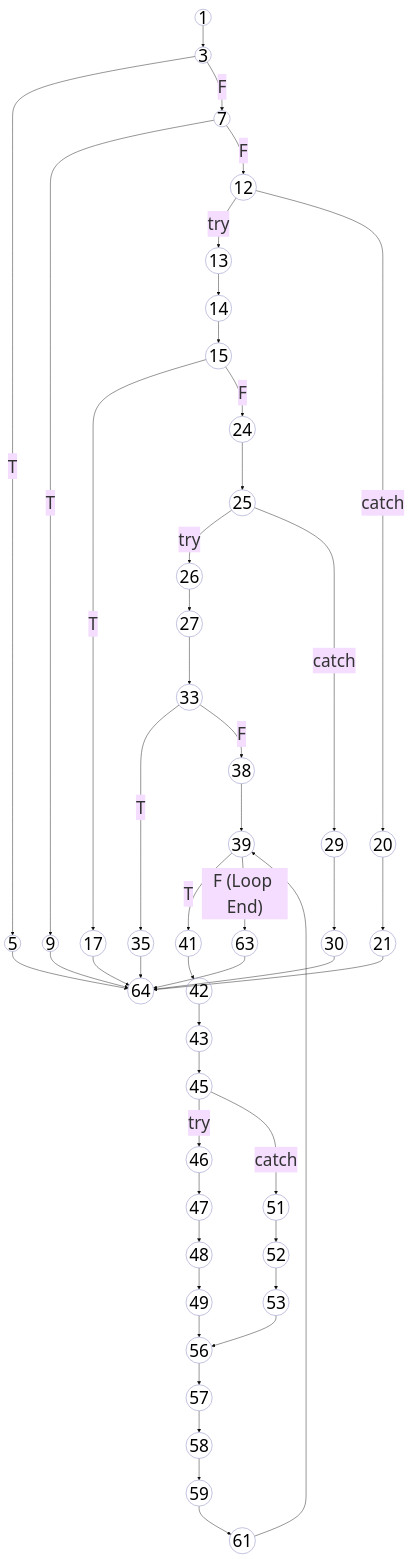
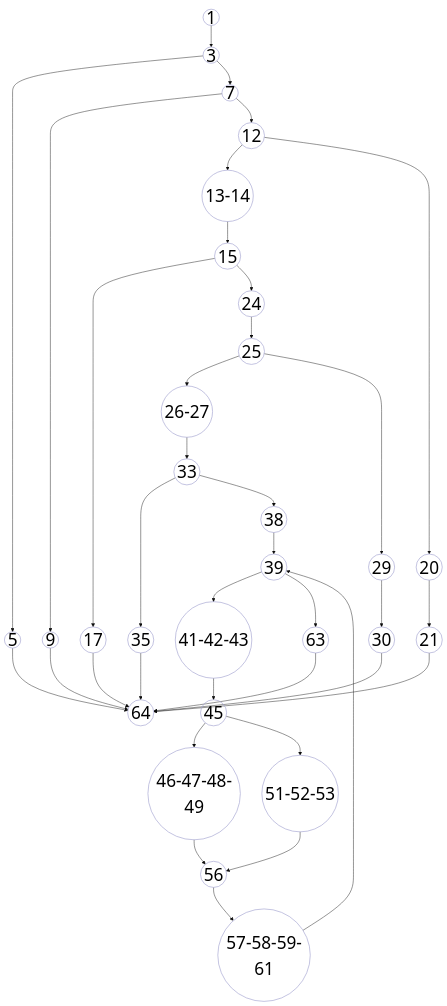
Before and after one commit to aryanhrc3428/Semester-5: the diagram in SE/ideathon/pseudocode/flowcharts/UC-04.mmd, drawn with Mermaid. The commit also changed 4 other files, not shown here.

Commit message:
flowgraph1-4

```diff
--- a/SE/ideathon/pseudocode/flowcharts/UC-04.mmd
+++ b/SE/ideathon/pseudocode/flowcharts/UC-04.mmd
@@ -1,85 +1,70 @@
 ---
 config:
   theme: base
   themeVariables:
     fontSize: '40px'
 ---
 graph TD
     %% Base styling matching the reference CFG style
     classDef default fill:none,stroke:#a3a3d1,stroke-width:1.5px,color:#000;
     
     1((1)) --> 3((3))
     
-    3 -- T --> 5((5))
-    3 -- F --> 7((7))
+    3 --> 5((5))
+    3 --> 7((7))
     
-    7 -- T --> 9((9))
-    7 -- F --> 12((12))
+    7 --> 9((9))
+    7 --> 12((12))
     
     %% Validate User Existence (Relational Integrity)
-    12 -- try --> 13((13))
-    12 -- catch --> 20((20))
+    12 --> 13-14((13-14))
+    12 --> 20((20))
     
-    13 --> 14((14))
-    14 --> 15((15))
+    13-14 --> 15((15))
     
-    15 -- T --> 17((17))
-    15 -- F --> 24((24))
+    15 --> 17((17))
+    15 --> 24((24))
     
     20 --> 21((21))
     
     %% Retrieve Base Queries
     24 --> 25((25))
     
-    25 -- try --> 26((26))
-    25 -- catch --> 29((29))
+    25 --> 26-27((26-27))
+    25 --> 29((29))
     
-    26 --> 27((27))
-    27 --> 33((33))
+    26-27 --> 33((33))
     
     29 --> 30((30))
     
-    33 -- T --> 35((35))
-    33 -- F --> 38((38))
+    33 --> 35((35))
+    33 --> 38((38))
     
     %% Data Aggregation Loop
     38 --> 39((39))
     
-    39 -- T --> 41((41))
-    39 -- F (Loop End) --> 63((63))
-    
-    41 --> 42((42))
-    42 --> 43((43))
-    43 --> 45((45))
+    39 --> 41-42-43((41-42-43))
+    39 --> 63((63))
+    41-42-43 --> 45((45))
     
     %% Nested Try-Catch for Relations
-    45 -- try --> 46((46))
-    45 -- catch --> 51((51))
+    45 --> 46-47-48-49((46-47-48-49))
+    45 --> 51-52-53((51-52-53))
     
-    46 --> 47((47))
-    47 --> 48((48))
-    48 --> 49((49))
+    46-47-48-49 --> 56((56))
     
-    49 --> 56((56))
-    
-    51 --> 52((52))
-    52 --> 53((53))
-    
-    53 --> 56
+    51-52-53 --> 56
     
     %% Construct Compiled Record
-    56 --> 57((57))
-    57 --> 58((58))
-    58 --> 59((59))
-    59 --> 61((61))
+    56 --> 57-58-59-61((57-58-59-61))
     
-    61 --> 39
+    57-58-59-61 --> 39
     
     %% Terminal error returns and catches syncing to the final end node (64)
     5 --> 64((64))
     9 --> 64
     17 --> 64
     21 --> 64
     30 --> 64
     35 --> 64
     63 --> 64
```
